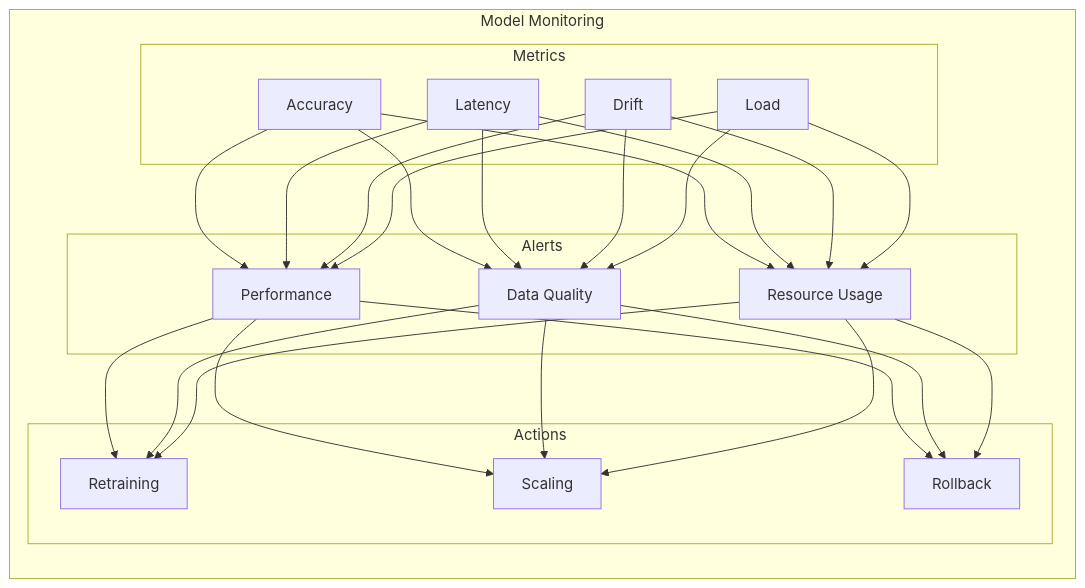
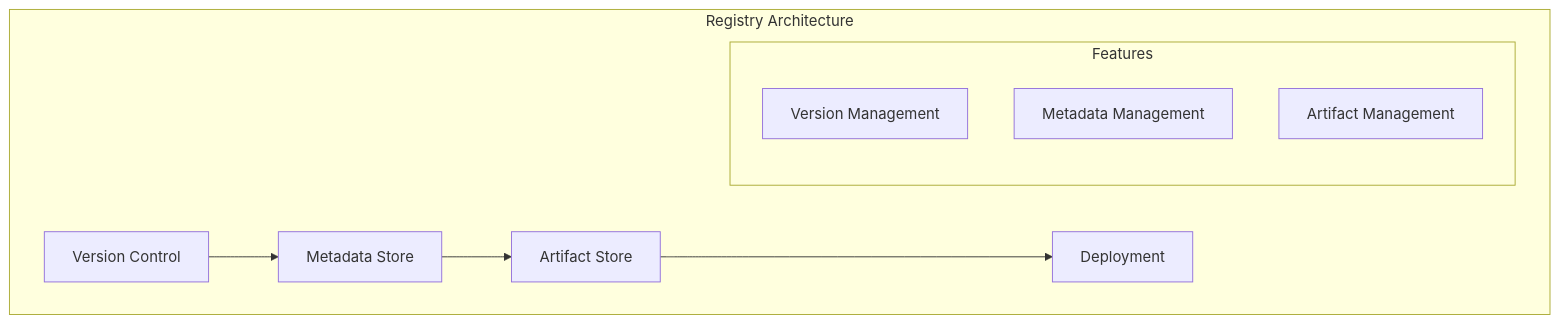
The sixth of 7 diagrams in src/AI_ML_Application_Patterns.md (saravanakumarrc/Architecture_Journey), drawn with Mermaid before and after one commit. The commit also changed other lines of this file and 2 other files, not shown here.

Commit message:
Enhance High Availability Design documentation with core concepts, redundancy models, and recovery strategies; improve clarity and structure of monitoring and disaster recovery sections.

````diff
--- a/src/AI_ML_Application_Patterns.md
+++ b/src/AI_ML_Application_Patterns.md
@@ -166,28 +148,14 @@
 ```mermaid
 graph TB
-    subgraph "Model Monitoring"
-        direction TB
+    subgraph "Registry Architecture"
+        V[Version Control] --> M[Metadata Store]
+        M --> A[Artifact Store]
+        A --> D[Deployment]
         
-        subgraph "Metrics"
-            M1[Accuracy]
-            M2[Latency]
-            M3[Drift]
-            M4[Load]
+        subgraph "Features"
+            VM[Version Management]
+            MM[Metadata Management]
+            AM[Artifact Management]
         end
-        
-        subgraph "Alerts"
-            A1[Performance]
-            A2[Data Quality]
-            A3[Resource Usage]
-        end
-        
-        subgraph "Actions"
-            AC1[Retraining]
-            AC2[Scaling]
-            AC3[Rollback]
-        end
-        
-        M1 & M2 & M3 & M4 --> A1 & A2 & A3
-        A1 & A2 & A3 --> AC1 & AC2 & AC3
     end
 ```
````
